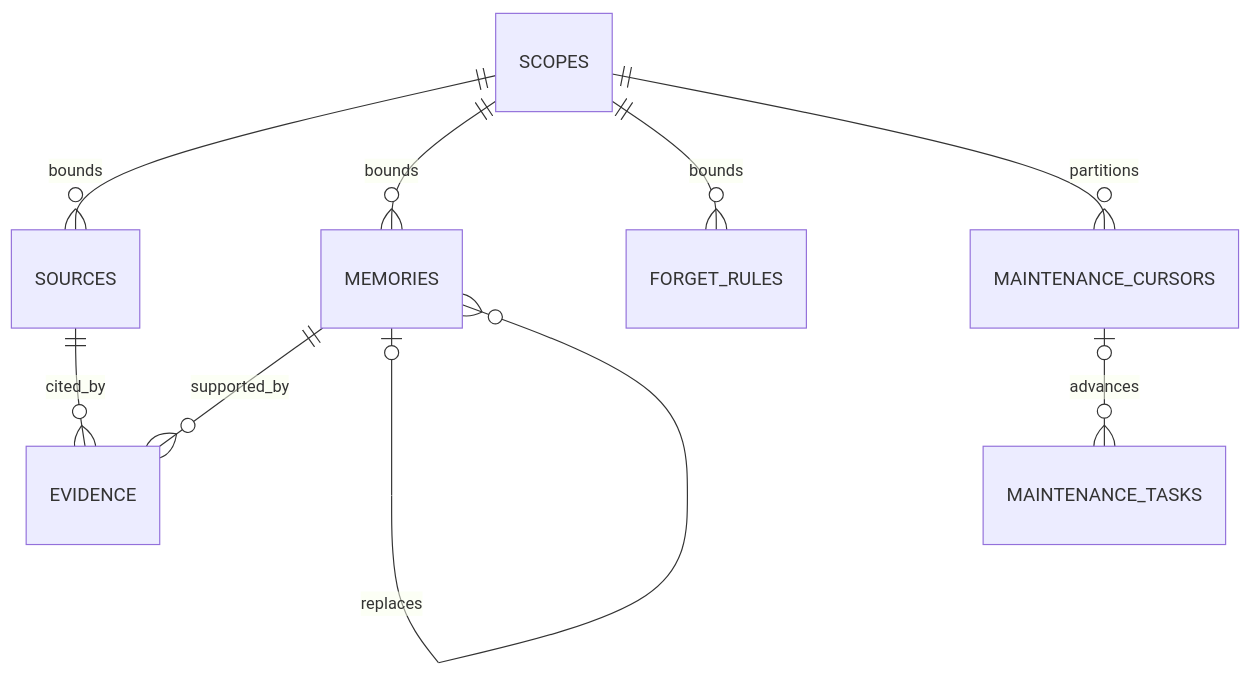
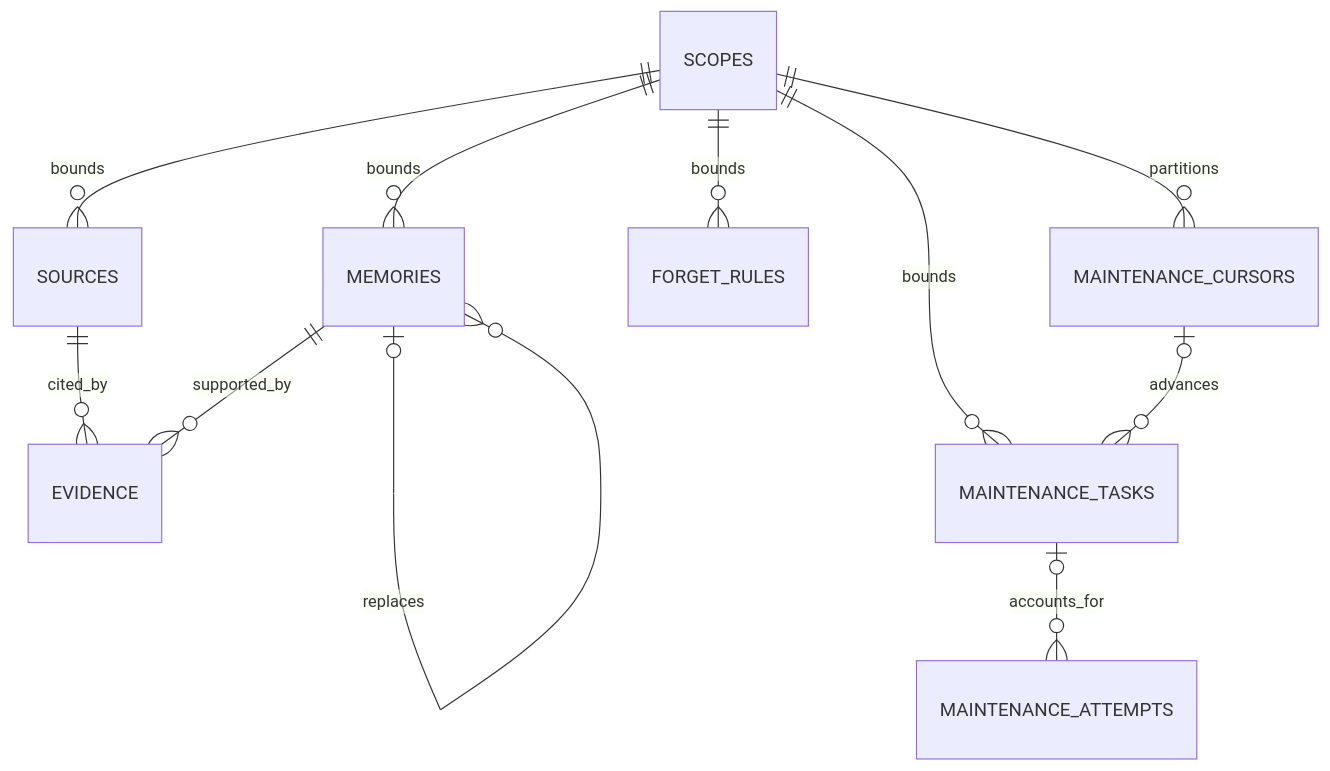
One commit to Code-Amadeus/Eidema changed the diagram in docs/design/v1-data-model.md. Above: the diagram before and after it, drawn with Mermaid. The commit also changed other lines of this file and 4 other files, not shown here.

````diff
--- a/docs/design/v1-data-model.md
+++ b/docs/design/v1-data-model.md
@@ -35,11 +37,13 @@
 ```mermaid
 erDiagram
     SCOPES ||--o{ SOURCES : bounds
     SCOPES ||--o{ MEMORIES : bounds
     SOURCES ||--o{ EVIDENCE : cited_by
     MEMORIES ||--o{ EVIDENCE : supported_by
     MEMORIES o|--o{ MEMORIES : replaces
     SCOPES ||--o{ FORGET_RULES : bounds
     SCOPES ||--o{ MAINTENANCE_CURSORS : partitions
+    SCOPES ||--o{ MAINTENANCE_TASKS : bounds
     MAINTENANCE_CURSORS o|--o{ MAINTENANCE_TASKS : advances
+    MAINTENANCE_TASKS o|--o{ MAINTENANCE_ATTEMPTS : accounts_for
 ```
````
